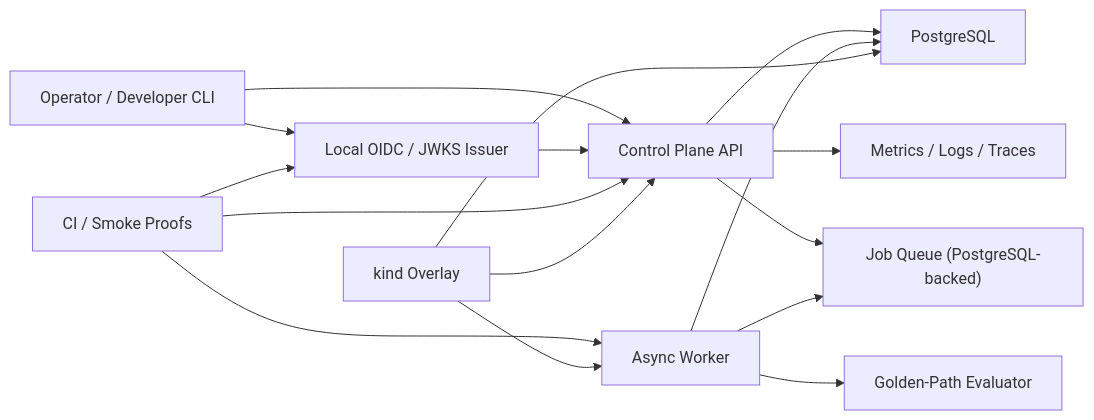
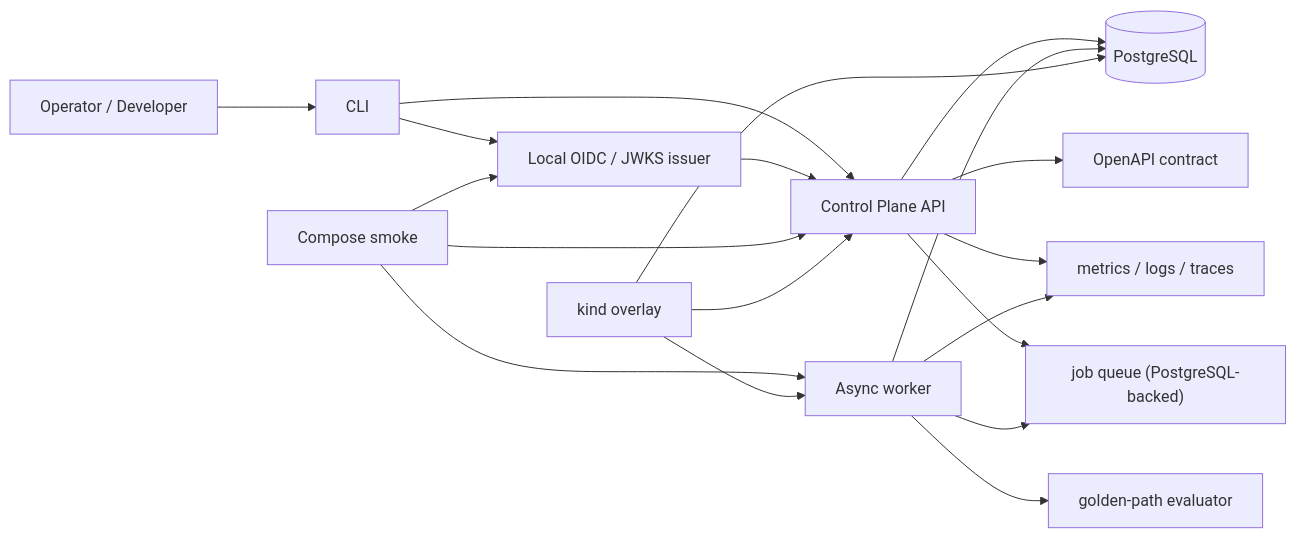
The first of 2 diagrams in README.md (JuanPabloGaviria/golden-path-control-plane), drawn with Mermaid before and after one commit. The commit also changed other lines of this file and 2 other files, not shown here.

````diff
--- a/README.md
+++ b/README.md
@@ -44,18 +40,25 @@
 ```mermaid
 flowchart LR
-    CLI["Operator / Developer CLI"] --> API["Control Plane API"]
-    API --> PG["PostgreSQL"]
-    API --> METRICS["Metrics / Logs / Traces"]
-    API --> JOBS["Job Queue (PostgreSQL-backed)"]
-    WORKER["Async Worker"] --> PG
-    WORKER --> JOBS
-    WORKER --> CHECKS["Golden-Path Evaluator"]
-    OIDC["Local OIDC / JWKS Issuer"] --> API
-    CLI --> OIDC
-    CI["CI / Smoke Proofs"] --> API
-    CI --> WORKER
-    CI --> OIDC
-    KIND["kind Overlay"] --> API
-    KIND --> WORKER
-    KIND --> PG
+  Operator["Operator / Developer"] --> CLI["CLI"]
+  CLI --> API["Control Plane API"]
+  API --> PG[(PostgreSQL)]
+  API --> Contracts["OpenAPI contract"]
+  API --> Obs["metrics / logs / traces"]
+
+  API --> Jobs["job queue (PostgreSQL-backed)"]
+  Worker["Async worker"] --> Jobs
+  Worker --> PG
+  Worker --> Checks["golden-path evaluator"]
+  Worker --> Obs
+
+  OIDC["Local OIDC / JWKS issuer"] --> API
+  CLI --> OIDC
+
+  Compose["Compose smoke"] --> API
+  Compose --> Worker
+  Compose --> OIDC
+
+  Kind["kind overlay"] --> API
+  Kind --> Worker
+  Kind --> PG
 ```
````
